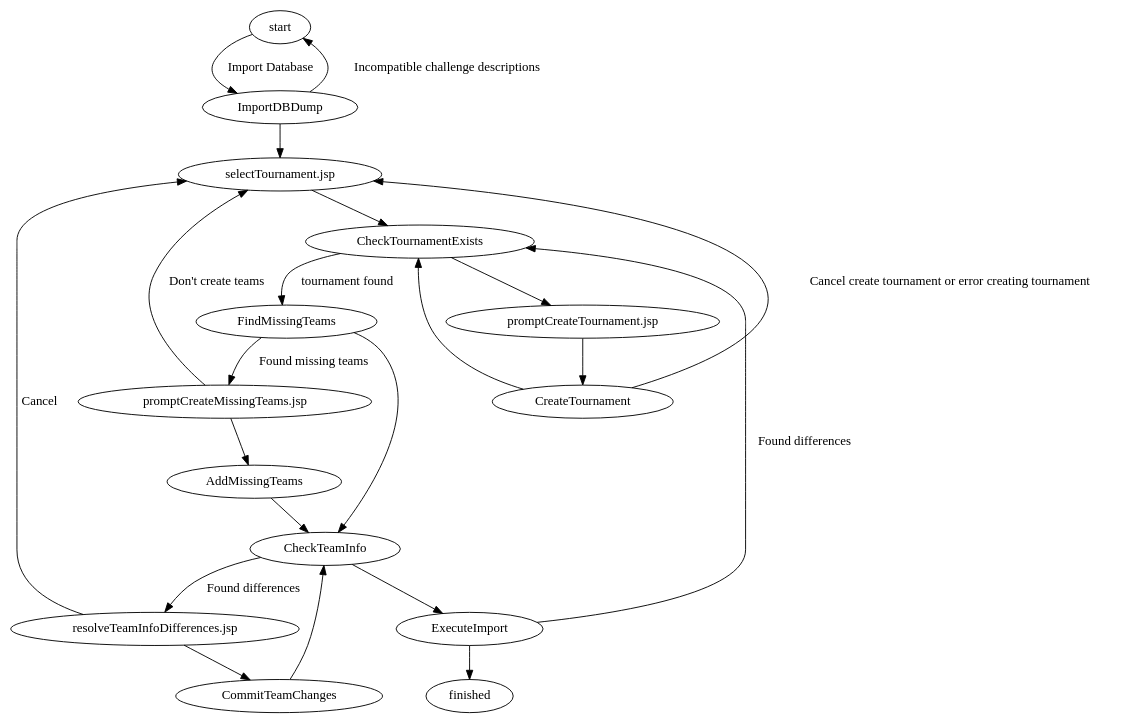
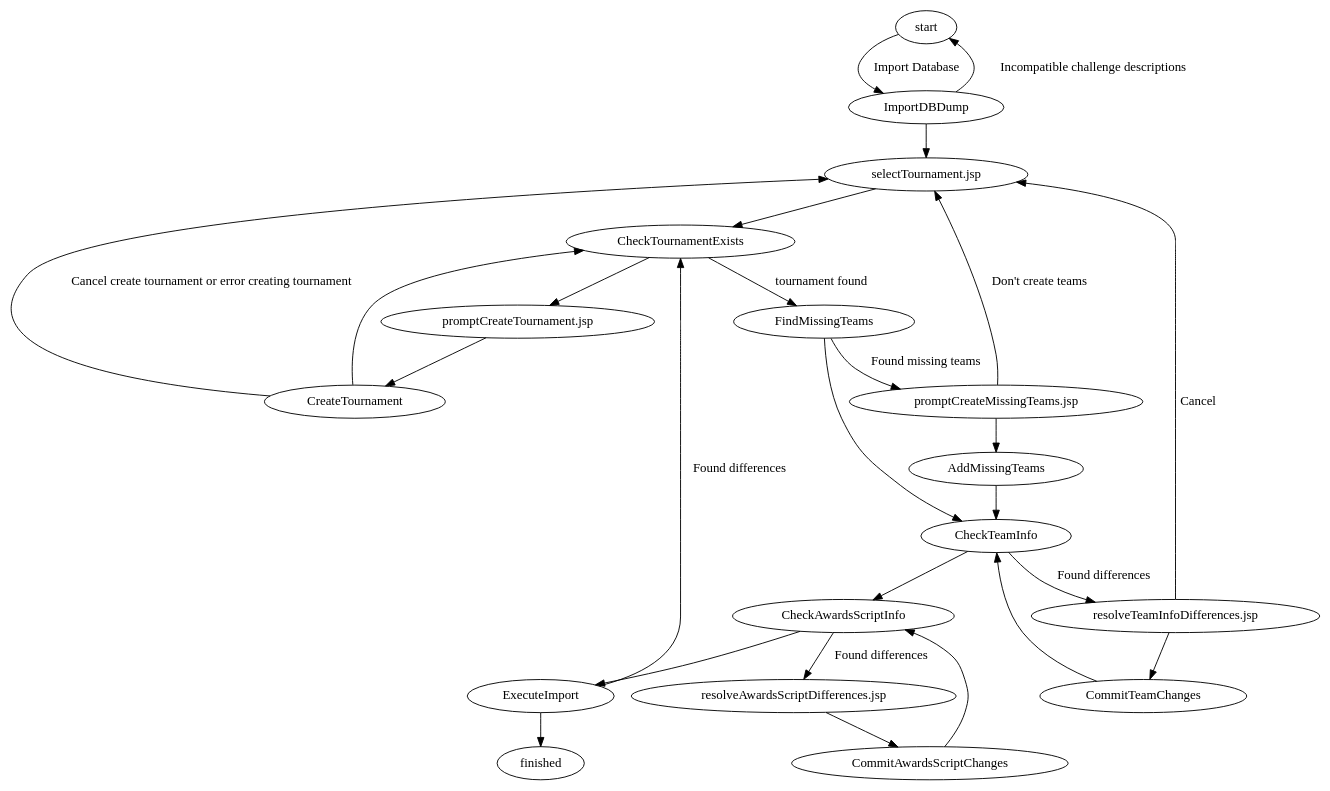
One commit to jpschewe/fll-sw changed the diagram in src/main/documentation/workflows/import_database.dot. Above: the diagram before and after it, drawn with Graphviz.

Commit message:
Changes to import workflow for checking awards script data

```diff
--- a/src/main/documentation/workflows/import_database.dot
+++ b/src/main/documentation/workflows/import_database.dot
@@ -1,45 +1,53 @@
 digraph import_database {
 
 "start" -> ImportDBDump [label="Import Database"];
 
 ImportDBDump -> "selectTournament.jsp";
 
 ImportDBDump -> "start" [label="Incompatible challenge descriptions"]
 
 "selectTournament.jsp" -> CheckTournamentExists;
 
 CheckTournamentExists -> "promptCreateTournament.jsp";
 
 CheckTournamentExists -> FindMissingTeams [label="tournament found"];
 
 "promptCreateTournament.jsp" -> CreateTournament;
 
 CreateTournament -> "selectTournament.jsp" [label="Cancel create tournament or error creating tournament"];
 
 CreateTournament -> CheckTournamentExists;
 
 FindMissingTeams -> CheckTeamInfo;
 
 FindMissingTeams -> "promptCreateMissingTeams.jsp" [label="Found missing teams"];
 
 "promptCreateMissingTeams.jsp" -> AddMissingTeams;
 
 "promptCreateMissingTeams.jsp" -> "selectTournament.jsp" [label="Don't create teams"];
 
 AddMissingTeams -> CheckTeamInfo;
 
-CheckTeamInfo -> ExecuteImport;
+CheckTeamInfo -> CheckAwardsScriptInfo;
 
 CheckTeamInfo -> "resolveTeamInfoDifferences.jsp" [label="Found differences"];
 
 "resolveTeamInfoDifferences.jsp" -> CommitTeamChanges;
 
 "resolveTeamInfoDifferences.jsp" -> "selectTournament.jsp" [label="Cancel"];
 
 CommitTeamChanges -> CheckTeamInfo;
 
+CheckAwardsScriptInfo -> "resolveAwardsScriptDifferences.jsp" [label="Found differences"];
+
+CheckAwardsScriptInfo -> ExecuteImport;
+
+"resolveAwardsScriptDifferences.jsp" -> CommitAwardsScriptChanges;
+
+CommitAwardsScriptChanges -> CheckAwardsScriptInfo;
+
 ExecuteImport -> CheckTournamentExists [label="Found differences"];
 
 ExecuteImport -> "finished";
 
 }
```
